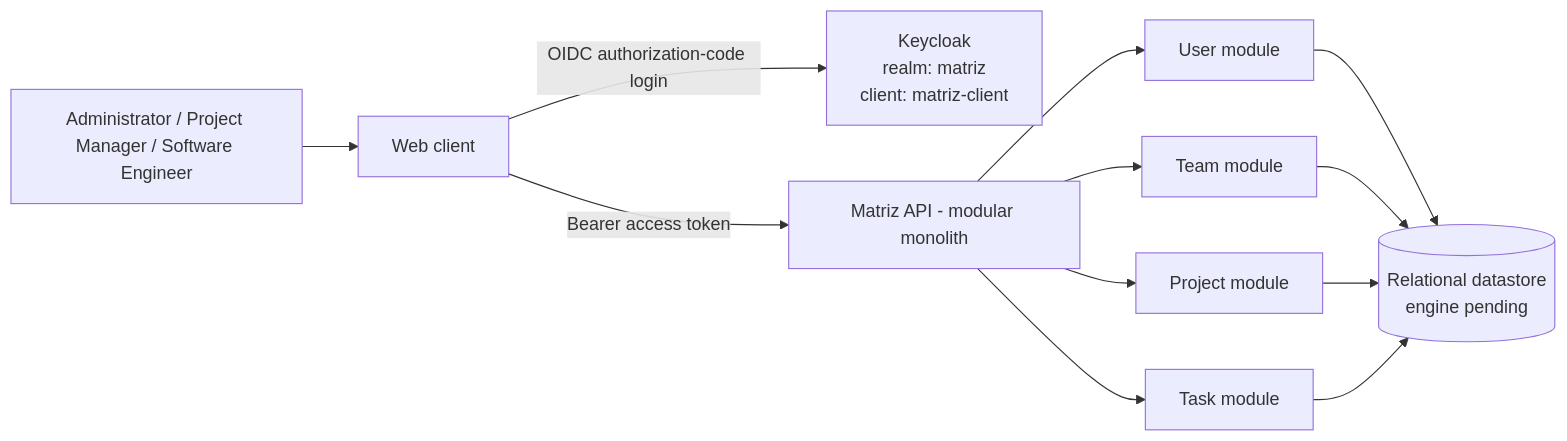
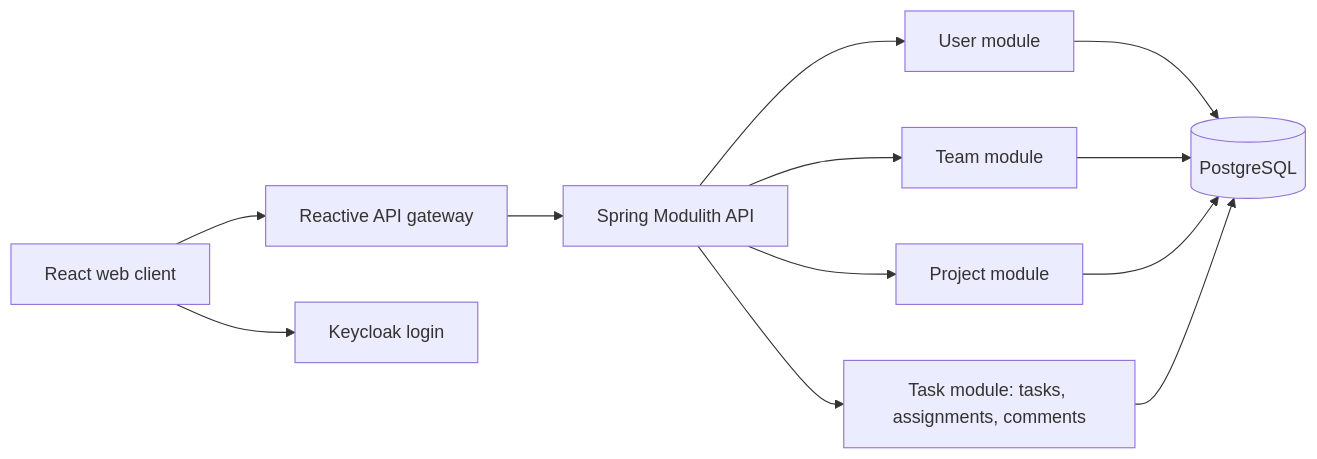
One commit to WikiCoding/matriz-ai_powered_engineering_course changed the diagram in docs/architecture.md. Above: the diagram before and after it, drawn with Mermaid. The commit also changed other lines of this file and 8 other files, not shown here.

````diff
--- a/docs/architecture.md
+++ b/docs/architecture.md
@@ -22,24 +23,14 @@
 ```mermaid
 flowchart LR
-  User[Administrator / Project Manager / Software Engineer]
-  Web[Web client]
-  KC[Keycloak\nrealm: matriz\nclient: matriz-client]
-  API[Matriz API - modular monolith]
-  Users[User module]
-  Teams[Team module]
-  Projects[Project module]
-  Tasks[Task module]
-  DB[(Relational datastore\nengine pending)]
-
-  User --> Web
-  Web -->|OIDC authorization-code login| KC
-  Web -->|Bearer access token| API
-  API --> Users
-  API --> Teams
-  API --> Projects
-  API --> Tasks
-  Users --> DB
+  Web[React web client] --> Gateway[Reactive API gateway]
+  Web --> KC[Keycloak login]
+  Gateway --> API[Spring Modulith API]
+  API --> Users[User module]
+  API --> Teams[Team module]
+  API --> Projects[Project module]
+  API --> Tasks[Task module: tasks, assignments, comments]
+  Users --> DB[(PostgreSQL)]
   Teams --> DB
   Projects --> DB
   Tasks --> DB
 ```
````
